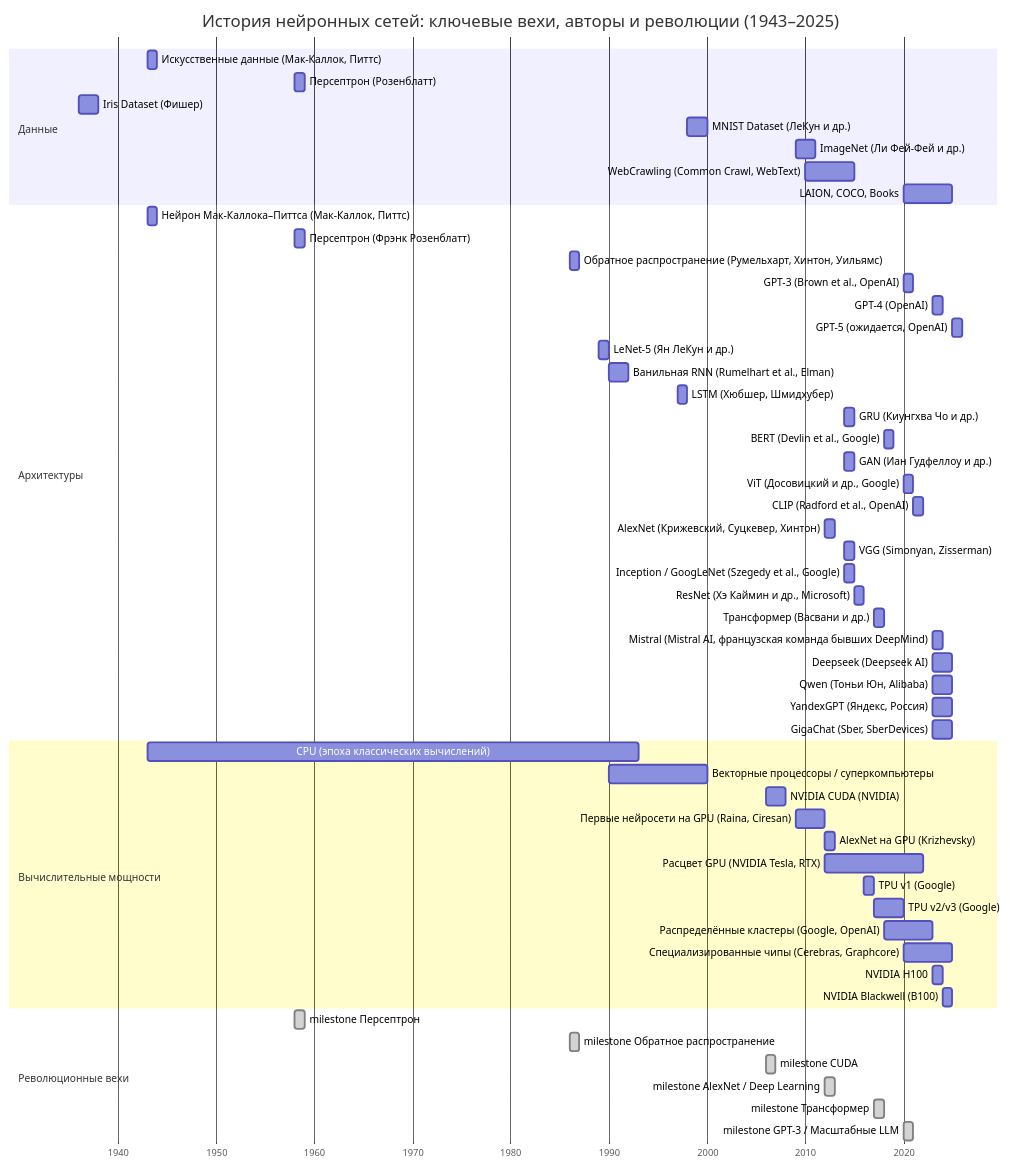
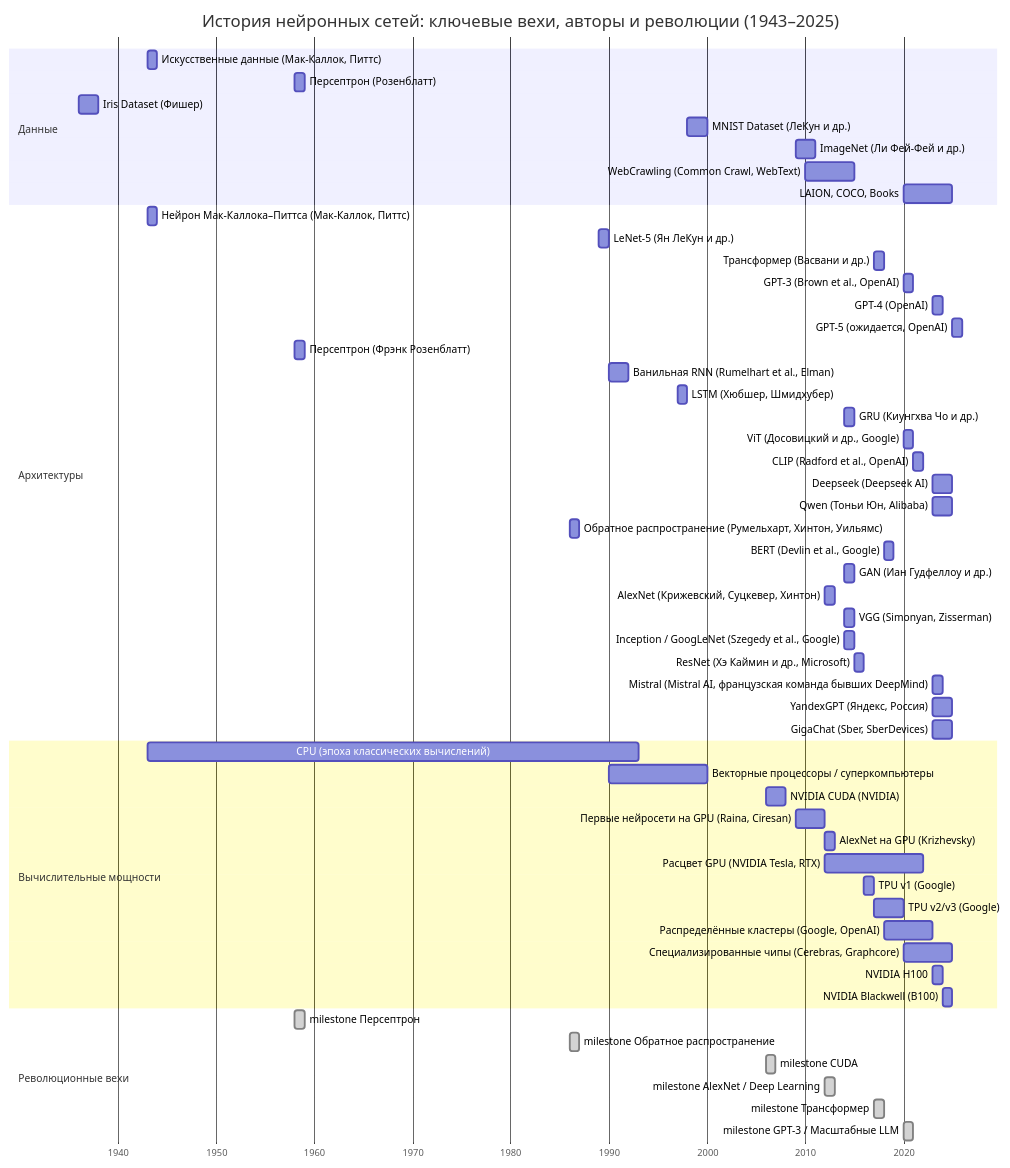
Before and after one commit to dayekb/markdown_mermaid_test: the diagram in mermaid/gant_1.md, drawn with Mermaid.

````diff
--- a/mermaid/gant_1.md
+++ b/mermaid/gant_1.md
@@ -1,69 +1,76 @@
 ```mermaid 
 
 
 gantt
     title История нейронных сетей: ключевые вехи, авторы и революции (1943–2025)
     dateFormat  YYYY
     axisFormat %Y
     section Данные
     Искусственные данные (Мак-Каллок, Питтс) : 1943, 1y
     Персептрон (Розенблатт) : 1958, 1y
     Iris Dataset (Фишер) : 1936, 2y
     MNIST Dataset (ЛеКун и др.) : 1998, 2y
     ImageNet (Ли Фей-Фей и др.) : 2009, 2y
     WebCrawling (Common Crawl, WebText) : 2010, 5y
     LAION, COCO, Books : 2020, 5y
 
     section Архитектуры
     Нейрон Мак-Каллока–Питтса (Мак-Каллок, Питтс) : 1943, 1y
-    Персептрон (Фрэнк Розенблатт) : 1958, 1y
-    Обратное распространение (Румельхарт, Хинтон, Уильямс) : 1986, 1y
+
+    LeNet-5 (Ян ЛеКун и др.) : 1989, 1y
+    Трансформер (Васвани и др.) : 2017, 1y
     GPT-3 (Brown et al., OpenAI) : 2020, 1y
     GPT-4 (OpenAI) : 2023, 1y
     GPT-5 (ожидается, OpenAI) : 2025, 1y
-    LeNet-5 (Ян ЛеКун и др.) : 1989, 1y
+
+
+    Персептрон (Фрэнк Розенблатт) : 1958, 1y
     Ванильная RNN (Rumelhart et al., Elman) : 1990, 2y
     LSTM (Хюбшер, Шмидхубер) : 1997, 1y
     GRU (Киунгхва Чо и др.) : 2014, 1y
+    ViT (Досовицкий и др., Google) : 2020, 1y
+    CLIP (Radford et al., OpenAI) : 2021, 1y
 
+
+    Deepseek (Deepseek AI) : 2023, 2y
+    Qwen (Тоньи Юн, Alibaba) : 2023, 2y
+
+    Обратное распространение (Румельхарт, Хинтон, Уильямс) : 1986, 1y
     BERT (Devlin et al., Google) : 2018, 1y
     GAN (Иан Гудфеллоу и др.) : 2014, 1y
-    ViT (Досовицкий и др., Google) : 2020, 1y
-    CLIP (Radford et al., OpenAI) : 2021, 1y
+
     AlexNet (Крижевский, Суцкевер, Хинтон) : 2012, 1y
     VGG (Simonyan, Zisserman) : 2014, 1y
     Inception / GoogLeNet (Szegedy et al., Google) : 2014, 1y
     ResNet (Хэ Каймин и др., Microsoft) : 2015, 1y
-    Трансформер (Васвани и др.) : 2017, 1y
 
 
     Mistral (Mistral AI, французская команда бывших DeepMind) : 2023, 1y
-    Deepseek (Deepseek AI) : 2023, 2y
-    Qwen (Тоньи Юн, Alibaba) : 2023, 2y
+
     YandexGPT (Яндекс, Россия) : 2023, 2y
     GigaChat (Sber, SberDevices) : 2023, 2y
 
 
     section Вычислительные мощности
     CPU (эпоха классических вычислений) : 1943, 50y
     Векторные процессоры / суперкомпьютеры : 1990, 10y
     NVIDIA CUDA (NVIDIA) : 2006, 2y
     Первые нейросети на GPU (Raina, Ciresan) : 2009, 3y
     AlexNet на GPU (Krizhevsky) : 2012, 1y
     Расцвет GPU (NVIDIA Tesla, RTX) : 2012, 10y
     TPU v1 (Google) : 2016, 1y
     TPU v2/v3 (Google) : 2017, 3y
     Распределённые кластеры (Google, OpenAI) : 2018, 5y
     Специализированные чипы (Cerebras, Graphcore) : 2020, 5y
     NVIDIA H100 : 2023, 1y
     NVIDIA Blackwell (B100) : 2024, 1y
 
     section Революционные вехи
     milestone Персептрон : done, 1958, 1y
     milestone Обратное распространение : done, 1986, 1y
     milestone CUDA : done, 2006, 1y
     milestone AlexNet / Deep Learning : done, 2012, 1y
     milestone Трансформер : done, 2017, 1y
     milestone GPT-3 / Масштабные LLM : done, 2020, 1y
 
 ```
````
